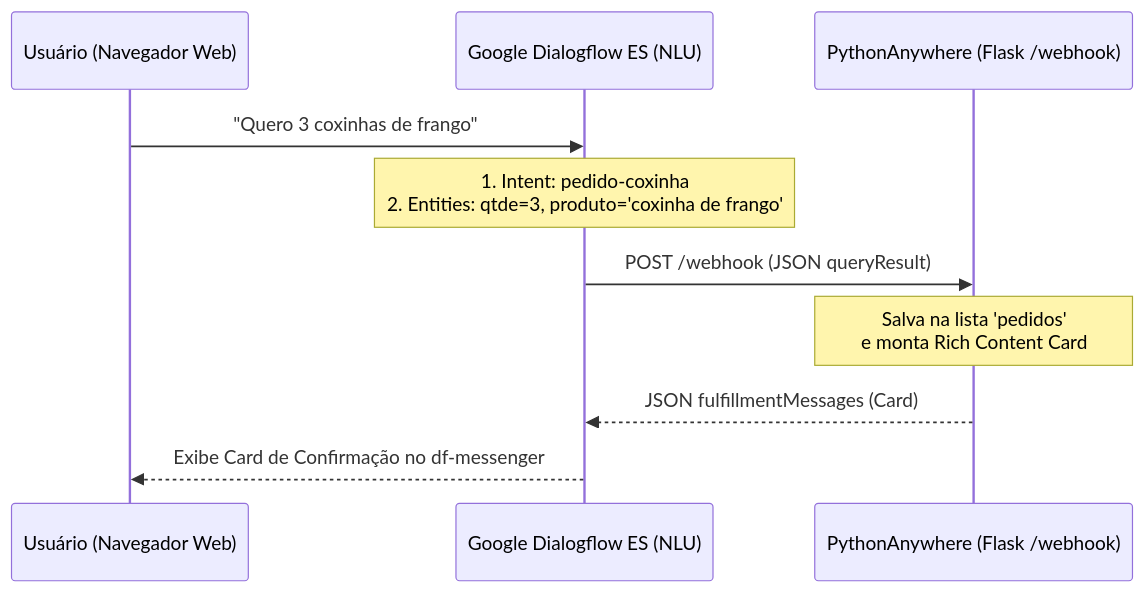
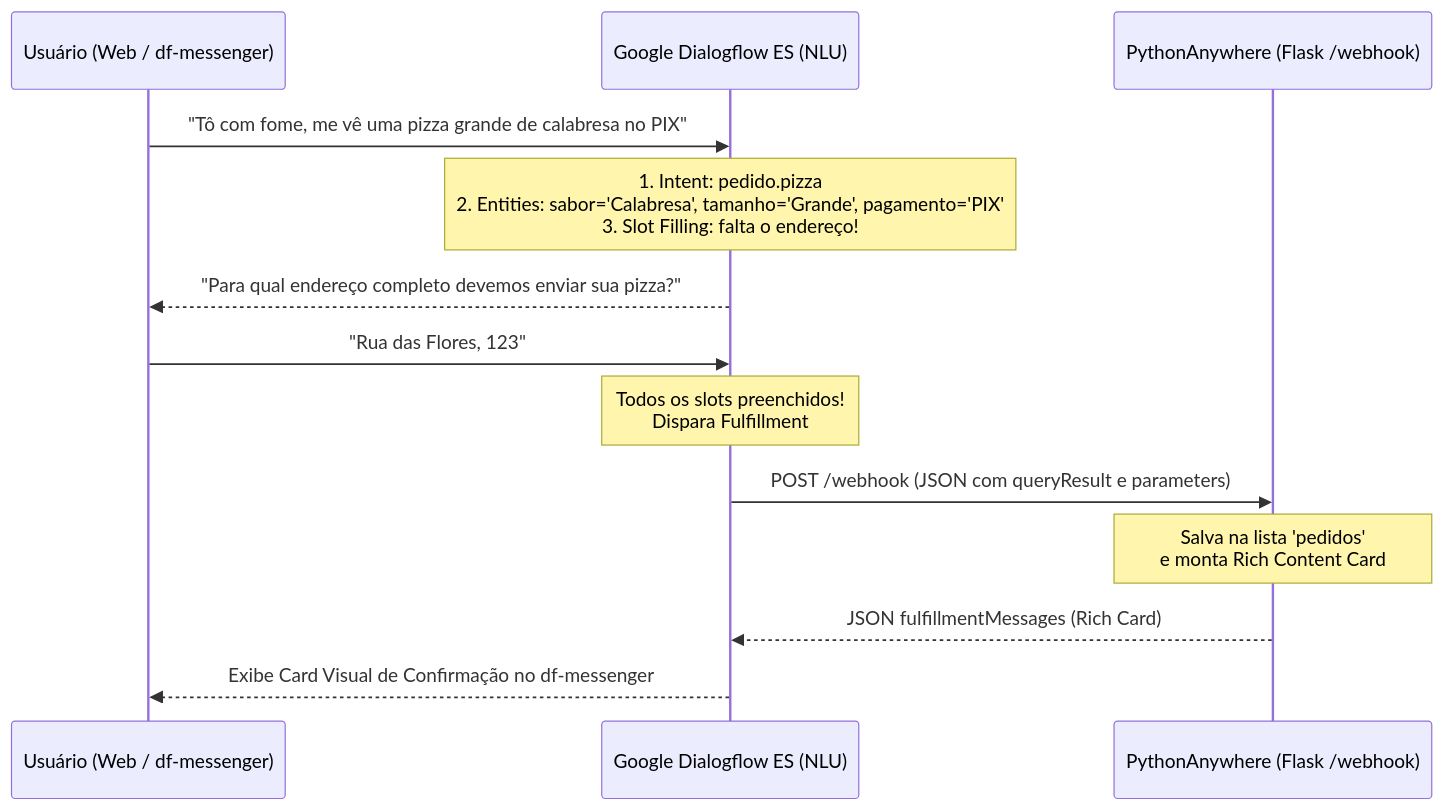
Before and after one commit to IrineuFrancisco/IASkillBoostInfoeste: the diagram in Aula_05/material_aula_05.md, drawn with Mermaid. The commit also changed other lines of this file and 10 other files, not shown here.

````diff
--- a/Aula_05/material_aula_05.md
+++ b/Aula_05/material_aula_05.md
@@ -18,12 +28,15 @@
 ```mermaid
 sequenceDiagram
-    participant U as Usuário (Navegador Web)
+    participant U as Usuário (Web / df-messenger)
     participant D as Google Dialogflow ES (NLU)
     participant P as PythonAnywhere (Flask /webhook)
-    U->>D: "Quero 3 coxinhas de frango"
-    Note over D: 1. Intent: pedido-coxinha<br/>2. Entities: qtde=3, produto='coxinha de frango'
-    D->>P: POST /webhook (JSON queryResult)
+    U->>D: "Tô com fome, me vê uma pizza grande de calabresa no PIX"
+    Note over D: 1. Intent: pedido.pizza<br/>2. Entities: sabor='Calabresa', tamanho='Grande', pagamento='PIX'<br/>3. Slot Filling: falta o endereço!
+    D-->>U: "Para qual endereço completo devemos enviar sua pizza?"
+    U->>D: "Rua das Flores, 123"
+    Note over D: Todos os slots preenchidos!<br/>Dispara Fulfillment
+    D->>P: POST /webhook (JSON com queryResult e parameters)
     Note over P: Salva na lista 'pedidos'<br/>e monta Rich Content Card
-    P-->>D: JSON fulfillmentMessages (Card)
-    D-->>U: Exibe Card de Confirmação no df-messenger
+    P-->>D: JSON fulfillmentMessages (Rich Card)
+    D-->>U: Exibe Card Visual de Confirmação no df-messenger
 ```
````
